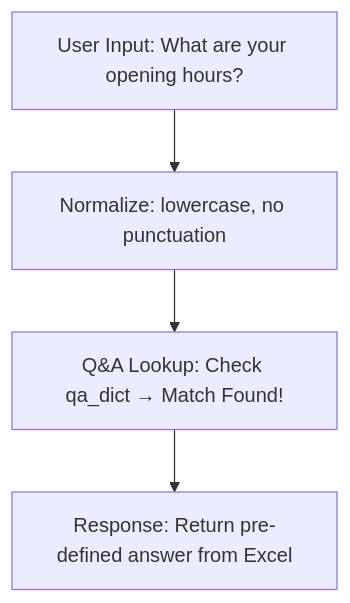
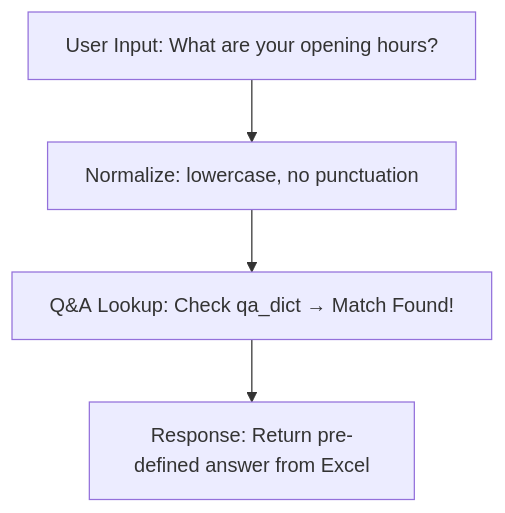
Diagram 14 of 15 in STEP_BY_STEP_GUIDE.md (chaitanyasaiyerra/Musuem-chatbot), drawn with Mermaid before and after one commit. The commit also changed other lines of this file and 1 other file, not shown here.

Commit message:
docs: replace spaces with nbsp in mermaid diagrams to force single-line rendering

````diff
--- a/STEP_BY_STEP_GUIDE.md
+++ b/STEP_BY_STEP_GUIDE.md
@@ -293,6 +293,6 @@
 ```mermaid
 graph TD
-    A["User Input: What are your opening hours?"] --> B["Normalize: lowercase, no punctuation"]
-    B --> C["Q&A Lookup: Check qa_dict → Match Found!"]
-    C --> D["Response: Return pre-defined answer from Excel"]
+    A["User&nbsp;Input:&nbsp;What&nbsp;are&nbsp;your&nbsp;opening&nbsp;hours?"] --> B["Normalize:&nbsp;lowercase,&nbsp;no&nbsp;punctuation"]
+    B --> C["Q&A&nbsp;Lookup:&nbsp;Check&nbsp;qa_dict&nbsp;→&nbsp;Match&nbsp;Found!"]
+    C --> D["Response:&nbsp;Return&nbsp;pre-defined&nbsp;answer&nbsp;from&nbsp;Excel"]
 ```
````
